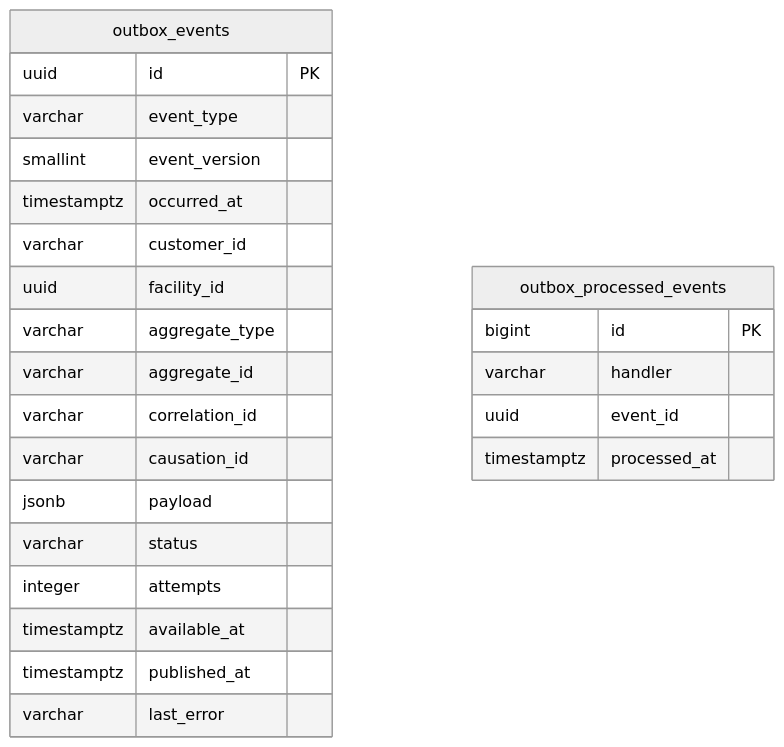
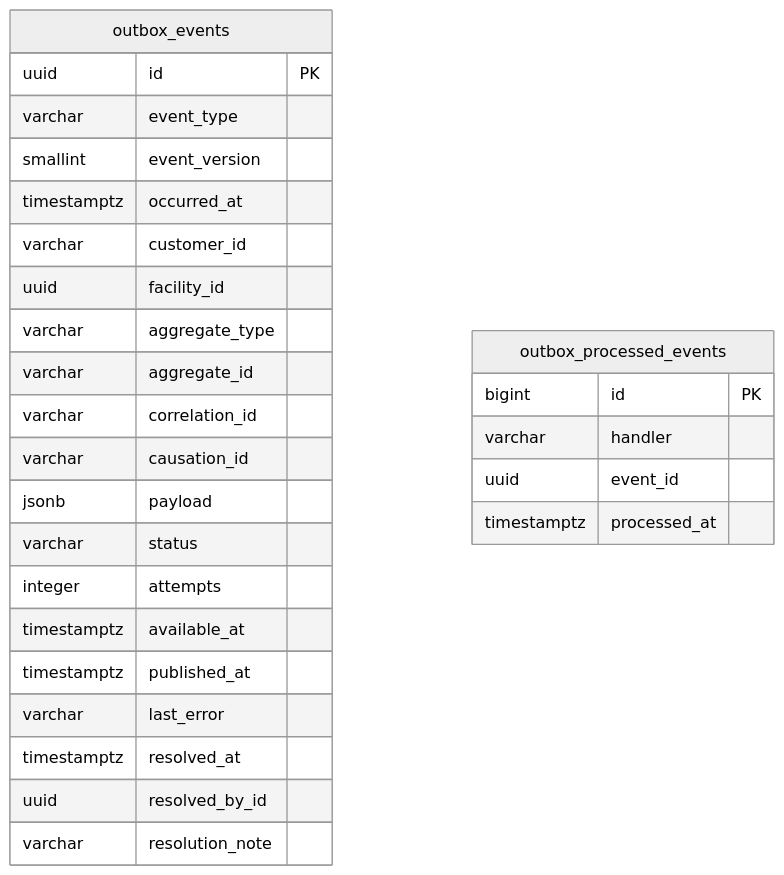
Before and after one commit to vijayant-pandey/HIMS_Advanced: diagram 15 of 16 in docs/architecture/data-architecture/erd.md, drawn with Mermaid (neutral theme). The commit also changed 40 other files, not shown here.

````diff
--- a/docs/architecture/data-architecture/erd.md
+++ b/docs/architecture/data-architecture/erd.md
@@ -1095,27 +1095,30 @@
 ```mermaid
 erDiagram
     outbox_events {
         uuid id PK
         varchar event_type
         smallint event_version
         timestamptz occurred_at
         varchar customer_id
         uuid facility_id
         varchar aggregate_type
         varchar aggregate_id
         varchar correlation_id
         varchar causation_id
         jsonb payload
         varchar status
         integer attempts
         timestamptz available_at
         timestamptz published_at
         varchar last_error
+        timestamptz resolved_at
+        uuid resolved_by_id
+        varchar resolution_note
     }
     outbox_processed_events {
         bigint id PK
         varchar handler
         uuid event_id
         timestamptz processed_at
     }
 ```
````
